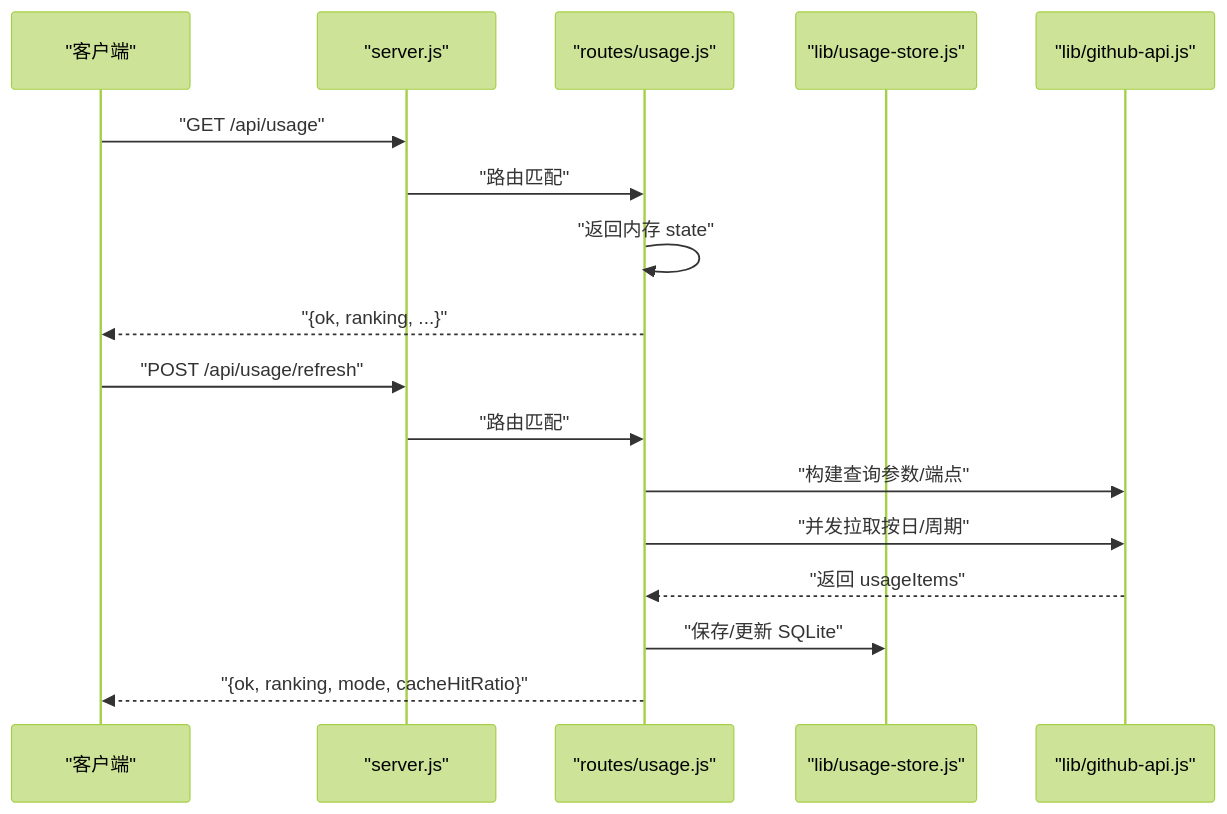
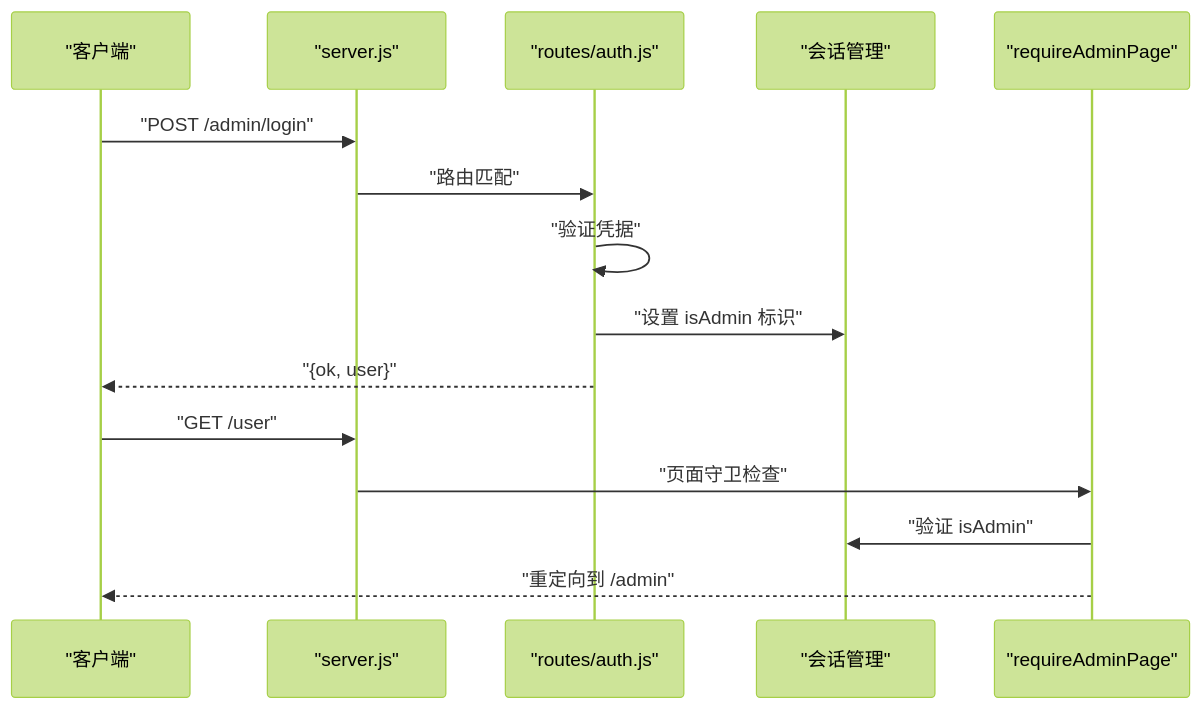
One commit to kissingwolf/CopilotEnterpriseUsageDisplay changed the second of 6 diagrams in .qoder/repowiki/zh/content/路由系统/路由系统.md. Above: the diagram before and after it, drawn with Mermaid (forest theme). The commit also changed other lines of this file and 9 other files, not shown here.

Commit message:
docs(wiki): refresh repowiki content with admin auth and AI credits modules

````diff
--- a/.qoder/repowiki/zh/content/路由系统/路由系统.md
+++ b/.qoder/repowiki/zh/content/路由系统/路由系统.md
@@ -148,19 +156,17 @@
 ```mermaid
 sequenceDiagram
 participant Client as "客户端"
 participant Server as "server.js"
-participant Usage as "routes/usage.js"
-participant Store as "lib/usage-store.js"
-participant GH as "lib/github-api.js"
-Client->>Server : "GET /api/usage"
-Server->>Usage : "路由匹配"
-Usage->>Usage : "返回内存 state"
-Usage-->>Client : "{ok, ranking, ...}"
-Client->>Server : "POST /api/usage/refresh"
-Server->>Usage : "路由匹配"
-Usage->>GH : "构建查询参数/端点"
-Usage->>GH : "并发拉取按日/周期"
-GH-->>Usage : "返回 usageItems"
-Usage->>Store : "保存/更新 SQLite"
-Usage-->>Client : "{ok, ranking, mode, cacheHitRatio}"
+participant Auth as "routes/auth.js"
+participant Session as "会话管理"
+participant Guard as "requireAdminPage"
+Client->>Server : "POST /admin/login"
+Server->>Auth : "路由匹配"
+Auth->>Auth : "验证凭据"
+Auth->>Session : "设置 isAdmin 标识"
+Auth-->>Client : "{ok, user}"
+Client->>Server : "GET /user"
+Server->>Guard : "页面守卫检查"
+Guard->>Session : "验证 isAdmin"
+Guard-->>Client : "重定向到 /admin"
 ```
````
